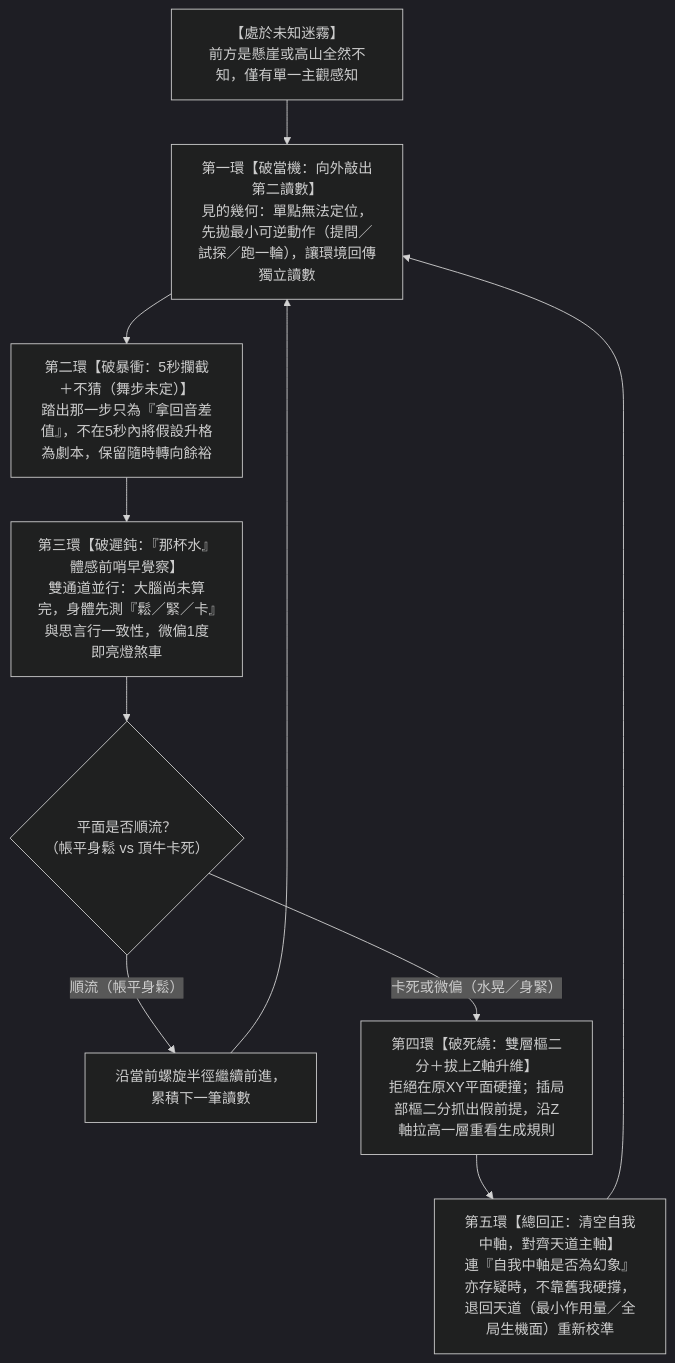
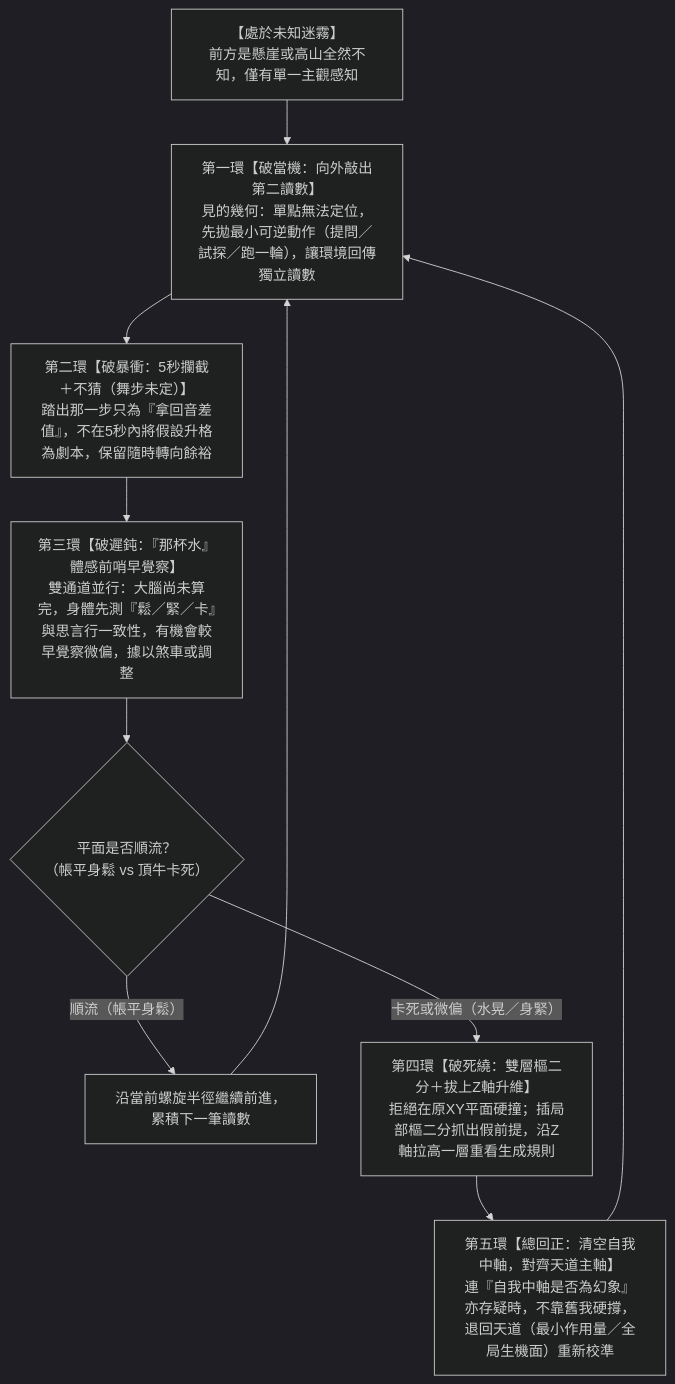
One commit to BakiCheng/living-navigation-research-public changed the diagram in docs/system-development-map.md. Above: the diagram before and after it, drawn with Mermaid (dark theme). The commit also changed other lines of this file, not shown here.

````diff
--- a/docs/system-development-map.md
+++ b/docs/system-development-map.md
@@ -169,12 +171,12 @@
 ```mermaid
 flowchart TD
     A["【處於未知迷霧】<br/>前方是懸崖或高山全然不知，僅有單一主觀感知"] --> B["第一環【破當機：向外敲出第二讀數】<br/>見的幾何：單點無法定位，先拋最小可逆動作（提問／試探／跑一輪），讓環境回傳獨立讀數"]
     B --> C["第二環【破暴衝：5秒攔截＋不猜（舞步未定）】<br/>踏出那一步只為『拿回音差值』，不在5秒內將假設升格為劇本，保留隨時轉向餘裕"]
-    C --> D["第三環【破遲鈍：『那杯水』體感前哨早覺察】<br/>雙通道並行：大腦尚未算完，身體先測『鬆／緊／卡』與思言行一致性，微偏1度即亮燈煞車"]
+    C --> D["第三環【破遲鈍：『那杯水』體感前哨早覺察】<br/>雙通道並行：大腦尚未算完，身體先測『鬆／緊／卡』與思言行一致性，有機會較早覺察微偏，據以煞車或調整"]
     D --> E{"平面是否順流？<br/>（帳平身鬆 vs 頂牛卡死）"}
     E -- "順流（帳平身鬆）" --> F["沿當前螺旋半徑繼續前進，累積下一筆讀數"]
     E -- "卡死或微偏（水晃／身緊）" --> G["第四環【破死繞：雙層樞二分＋拔上Z軸升維】<br/>拒絕在原XY平面硬撞；插局部樞二分抓出假前提，沿Z軸拉高一層重看生成規則"]
     G --> H["第五環【總回正：清空自我中軸，對齊天道主軸】<br/>連『自我中軸是否為幻象』亦存疑時，不靠舊我硬撐，退回天道（最小作用量／全局生機面）重新校準"]
     H --> B
     F --> B
 ```
````
